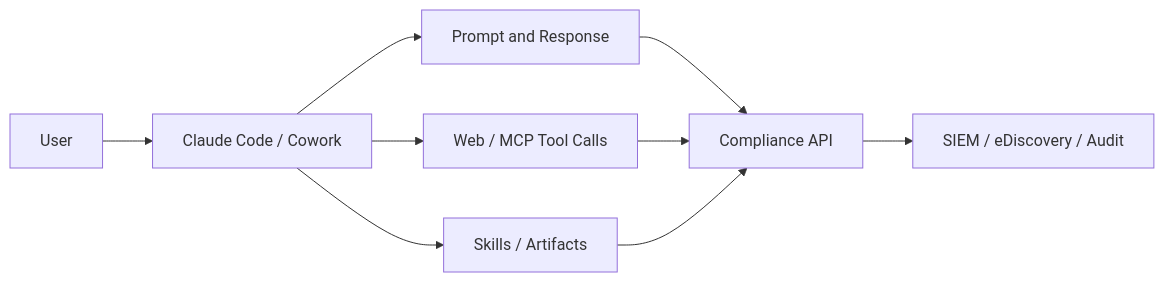
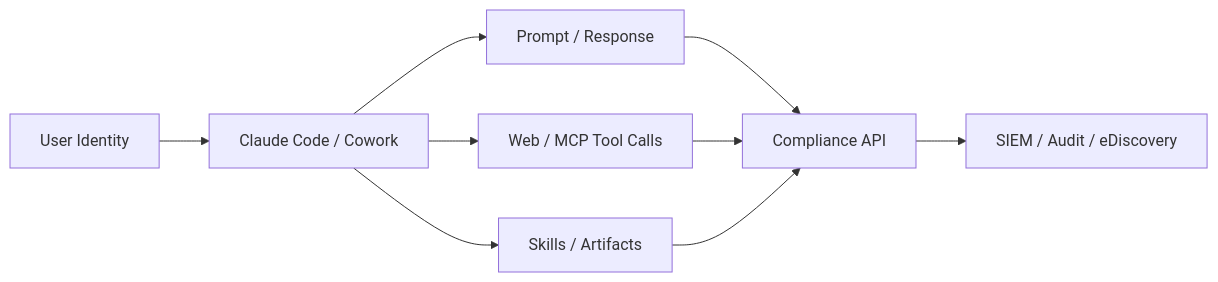
One commit to wlf186/ai-daily-headlines changed diagram 20 of 22 in 260827.md. Above: the diagram before and after it, drawn with Mermaid. The commit also changed other lines of this file, not shown here.

````diff
--- a/260827.md
+++ b/260827.md
@@ -772,11 +857,11 @@
 ```mermaid
 flowchart LR
-    AC1[User] --> AC2[Claude Code / Cowork]
-    AC2 --> AC3[Prompt and Response]
-    AC2 --> AC4[Web / MCP Tool Calls]
-    AC2 --> AC5[Skills / Artifacts]
-    AC3 --> AC6[Compliance API]
-    AC4 --> AC6
-    AC5 --> AC6
-    AC6 --> AC7[SIEM / eDiscovery / Audit]
+    C1[User Identity] --> C2[Claude Code / Cowork]
+    C2 --> C3[Prompt / Response]
+    C2 --> C4[Web / MCP Tool Calls]
+    C2 --> C5[Skills / Artifacts]
+    C3 --> C6[Compliance API]
+    C4 --> C6
+    C5 --> C6
+    C6 --> C7[SIEM / Audit / eDiscovery]
 ```
````
